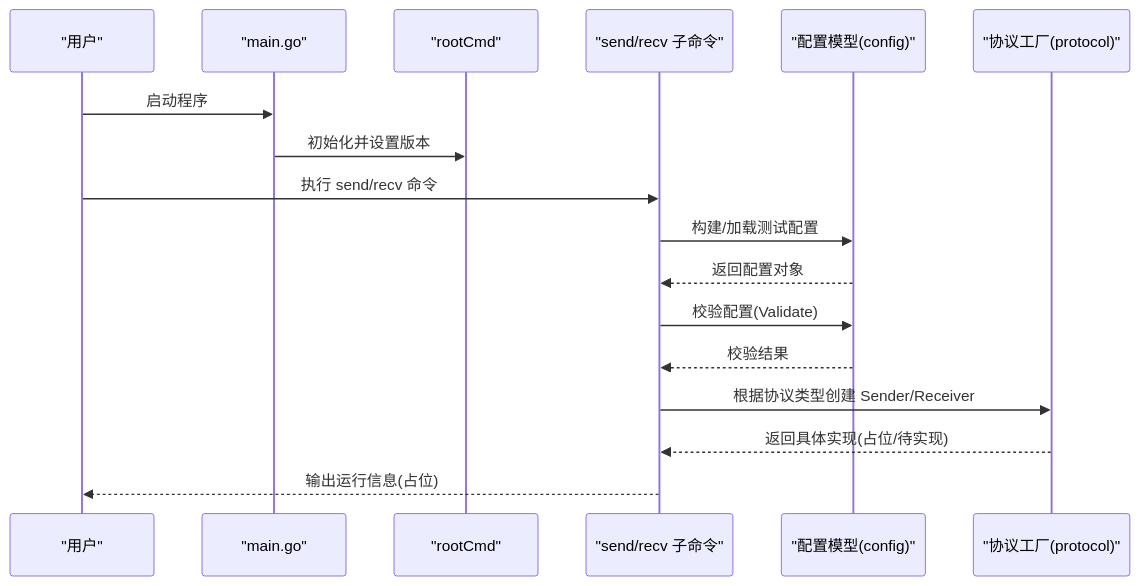
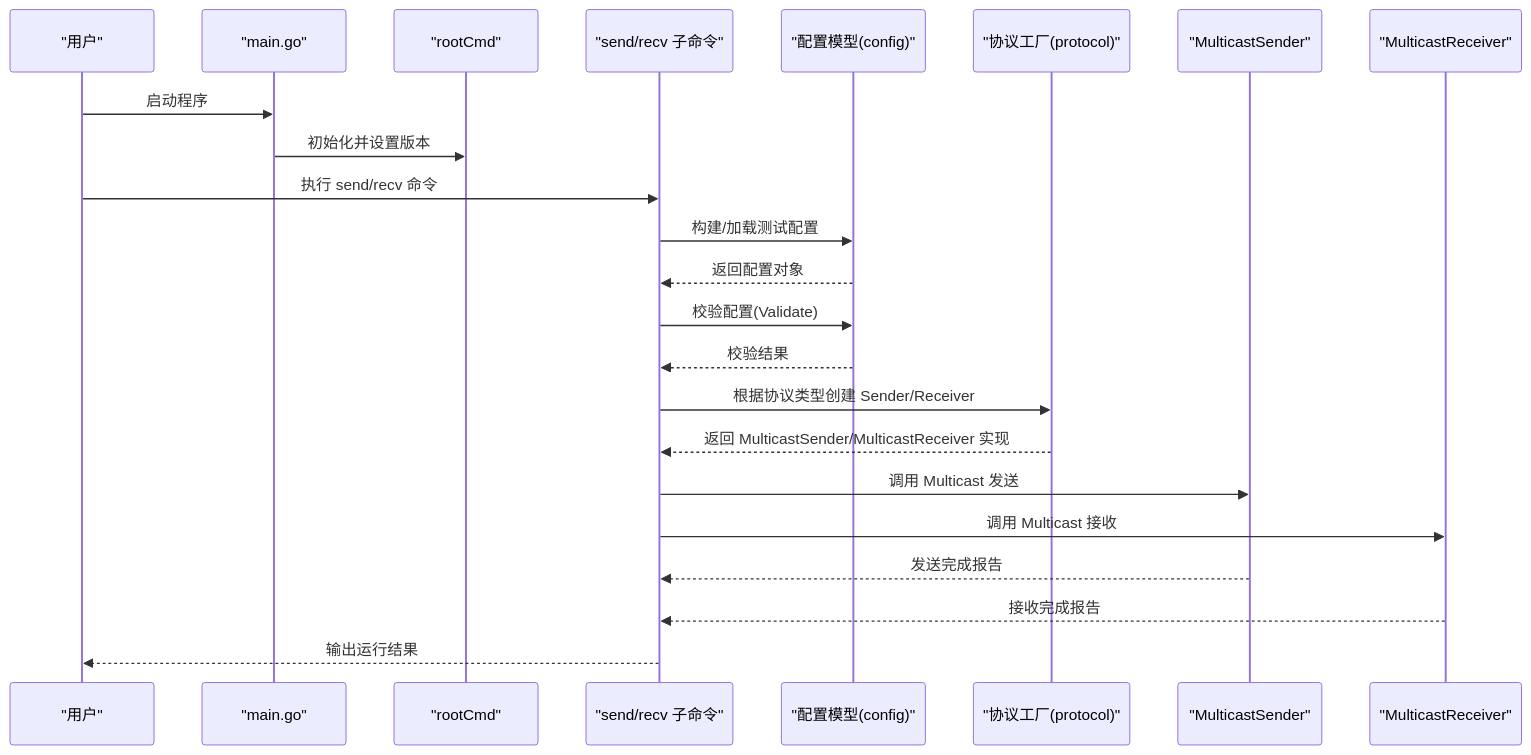
Before and after one commit to yanzhen74/ping-x: the second of 8 diagrams in .qoder/repowiki/zh/content/网络协议支持/组播协议测试.md, drawn with Mermaid. The commit also changed other lines of this file and 16 other files, not shown here.

````diff
--- a/.qoder/repowiki/zh/content/网络协议支持/组播协议测试.md
+++ b/.qoder/repowiki/zh/content/网络协议支持/组播协议测试.md
@@ -100,19 +119,25 @@
 ```mermaid
 sequenceDiagram
 participant U as "用户"
 participant M as "main.go"
 participant R as "rootCmd"
 participant S as "send/recv 子命令"
 participant CFG as "配置模型(config)"
 participant P as "协议工厂(protocol)"
+participant MS as "MulticastSender"
+participant MR as "MulticastReceiver"
 U->>M : 启动程序
 M->>R : 初始化并设置版本
 U->>S : 执行 send/recv 命令
 S->>CFG : 构建/加载测试配置
 CFG-->>S : 返回配置对象
 S->>CFG : 校验配置(Validate)
 CFG-->>S : 校验结果
 S->>P : 根据协议类型创建 Sender/Receiver
-P-->>S : 返回具体实现(占位/待实现)
-S-->>U : 输出运行信息(占位)
+P-->>S : 返回 MulticastSender/MulticastReceiver 实现
+S->>MS : 调用 Multicast 发送
+S->>MR : 调用 Multicast 接收
+MS-->>S : 发送完成报告
+MR-->>S : 接收完成报告
+S-->>U : 输出运行结果
 ```
````
